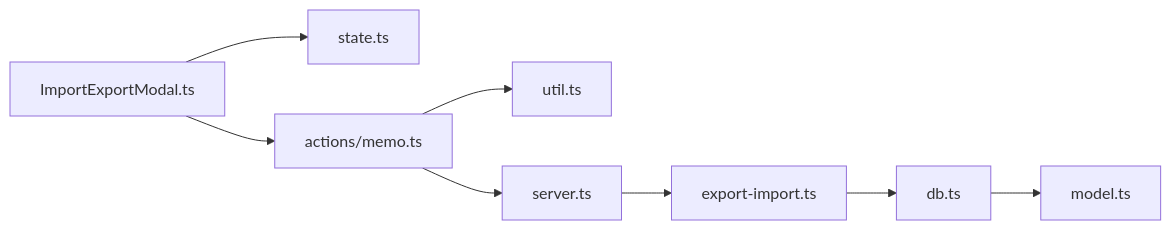
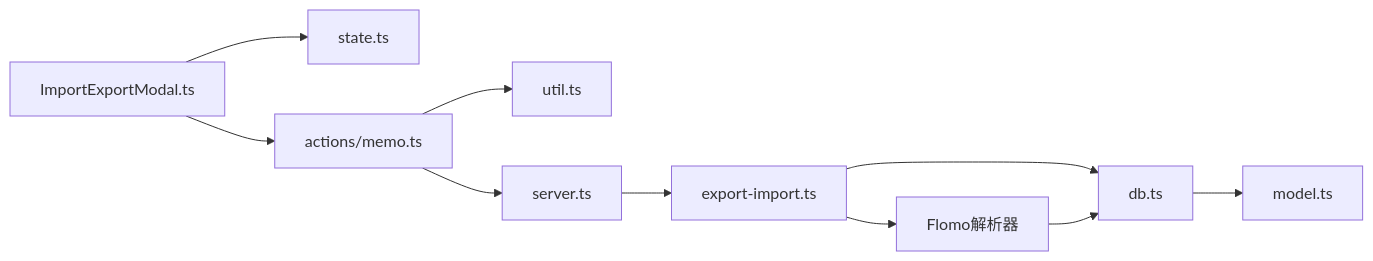
One commit to BlackBoxRecorder/memos changed the sixth of 6 diagrams in .qoder/repowiki/zh/content/前端应用/Admin管理界面/导入导出功能/导入导出功能.md. Above: the diagram before and after it, drawn with Mermaid. The commit also changed other lines of this file and 19 other files, not shown here.

````diff
--- a/.qoder/repowiki/zh/content/前端应用/Admin管理界面/导入导出功能/导入导出功能.md
+++ b/.qoder/repowiki/zh/content/前端应用/Admin管理界面/导入导出功能/导入导出功能.md
@@ -323,10 +391,12 @@
 ```mermaid
 graph LR
 UI["ImportExportModal.ts"] --> ST["state.ts"]
 UI --> ACT["actions/memo.ts"]
 ACT --> UT["util.ts"]
 ACT --> SRV["server.ts"]
 SRV --> API["export-import.ts"]
 API --> DB["db.ts"]
 DB --> MDL["model.ts"]
+API --> FL["Flomo解析器"]
+FL --> DB
 ```
````
